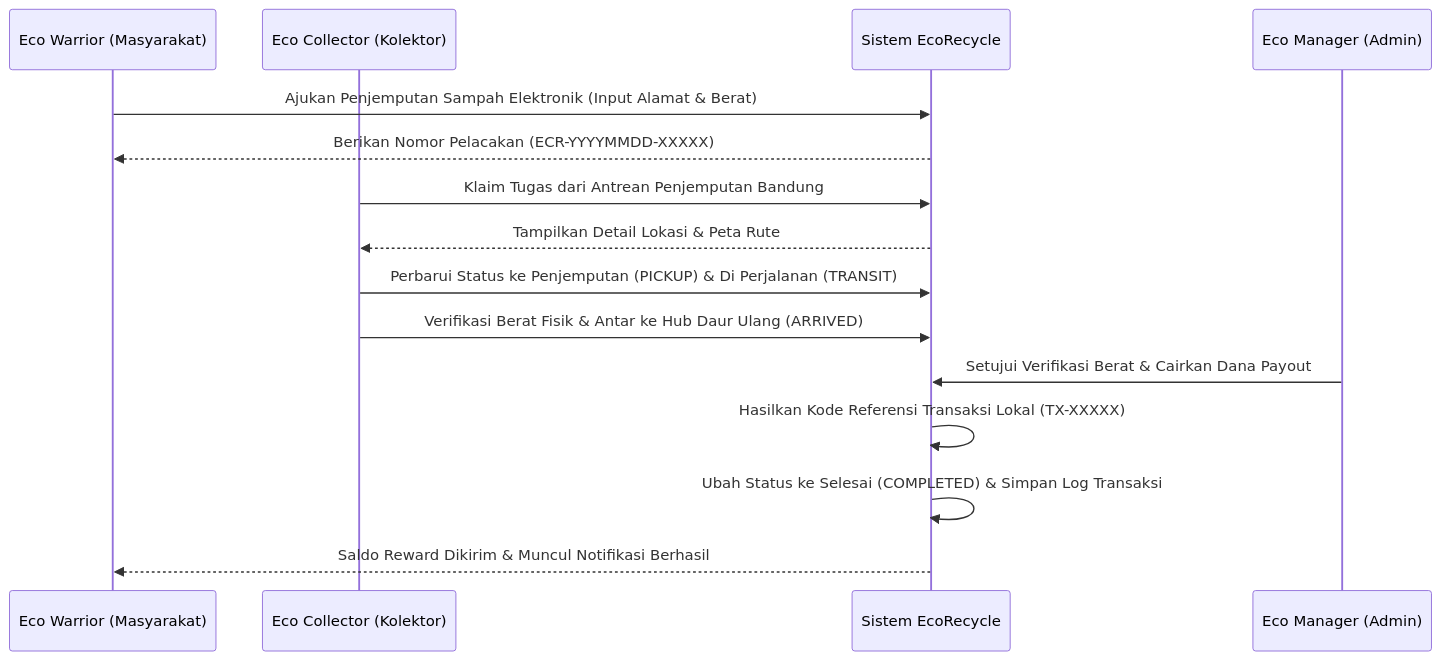
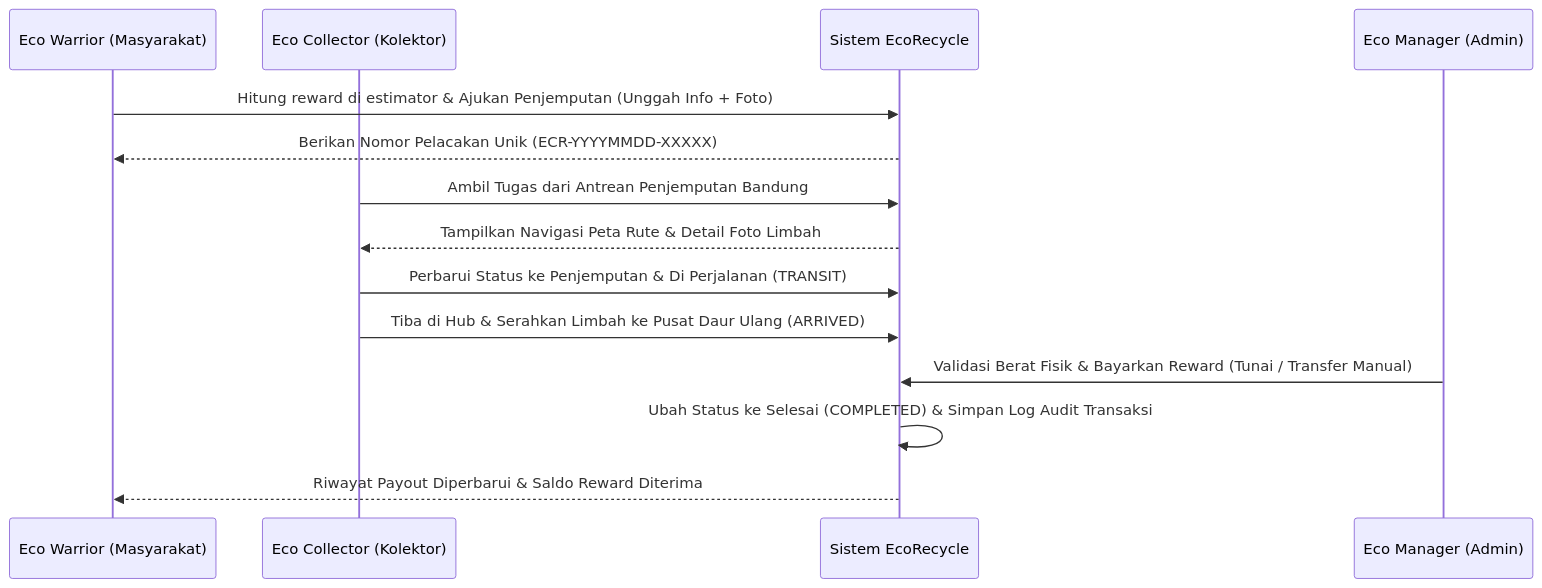
The diagram in README.md (azitriyadi/tubes), drawn with Mermaid before and after one commit. The commit also changed other lines of this file and 4 other files, not shown here.

````diff
--- a/README.md
+++ b/README.md
@@ -147,18 +163,17 @@
 ```mermaid
 sequenceDiagram
     participant User as Eco Warrior (Masyarakat)
     participant Coll as Eco Collector (Kolektor)
     participant Sys as Sistem EcoRecycle
     participant Admin as Eco Manager (Admin)
-
-    User->>Sys: Ajukan Penjemputan Sampah Elektronik (Input Alamat & Berat)
-    Sys-->>User: Berikan Nomor Pelacakan (ECR-YYYYMMDD-XXXXX)
-    Coll->>Sys: Klaim Tugas dari Antrean Penjemputan Bandung
-    Sys-->>Coll: Tampilkan Detail Lokasi & Peta Rute
-    Coll->>Sys: Perbarui Status ke Penjemputan (PICKUP) & Di Perjalanan (TRANSIT)
-    Coll->>Sys: Verifikasi Berat Fisik & Antar ke Hub Daur Ulang (ARRIVED)
-    Admin->>Sys: Setujui Verifikasi Berat & Cairkan Dana Payout
-    Sys->>Sys: Hasilkan Kode Referensi Transaksi Lokal (TX-XXXXX)
-    Sys->>Sys: Ubah Status ke Selesai (COMPLETED) & Simpan Log Transaksi
-    Sys-->>User: Saldo Reward Dikirim & Muncul Notifikasi Berhasil
+ 
+    User->>Sys: Hitung reward di estimator & Ajukan Penjemputan (Unggah Info + Foto)
+    Sys-->>User: Berikan Nomor Pelacakan Unik (ECR-YYYYMMDD-XXXXX)
+    Coll->>Sys: Ambil Tugas dari Antrean Penjemputan Bandung
+    Sys-->>Coll: Tampilkan Navigasi Peta Rute & Detail Foto Limbah
+    Coll->>Sys: Perbarui Status ke Penjemputan & Di Perjalanan (TRANSIT)
+    Coll->>Sys: Tiba di Hub & Serahkan Limbah ke Pusat Daur Ulang (ARRIVED)
+    Admin->>Sys: Validasi Berat Fisik & Bayarkan Reward (Tunai / Transfer Manual)
+    Sys->>Sys: Ubah Status ke Selesai (COMPLETED) & Simpan Log Audit Transaksi
+    Sys-->>User: Riwayat Payout Diperbarui & Saldo Reward Diterima
 ```
````
